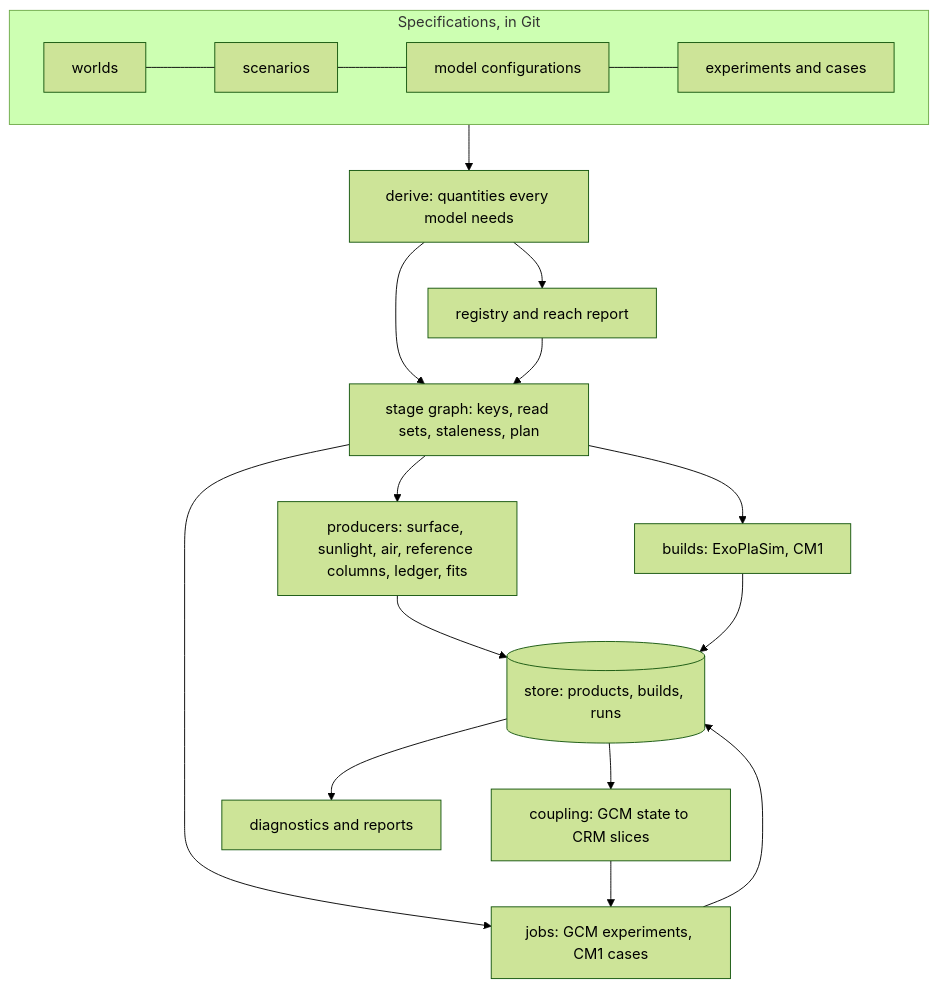
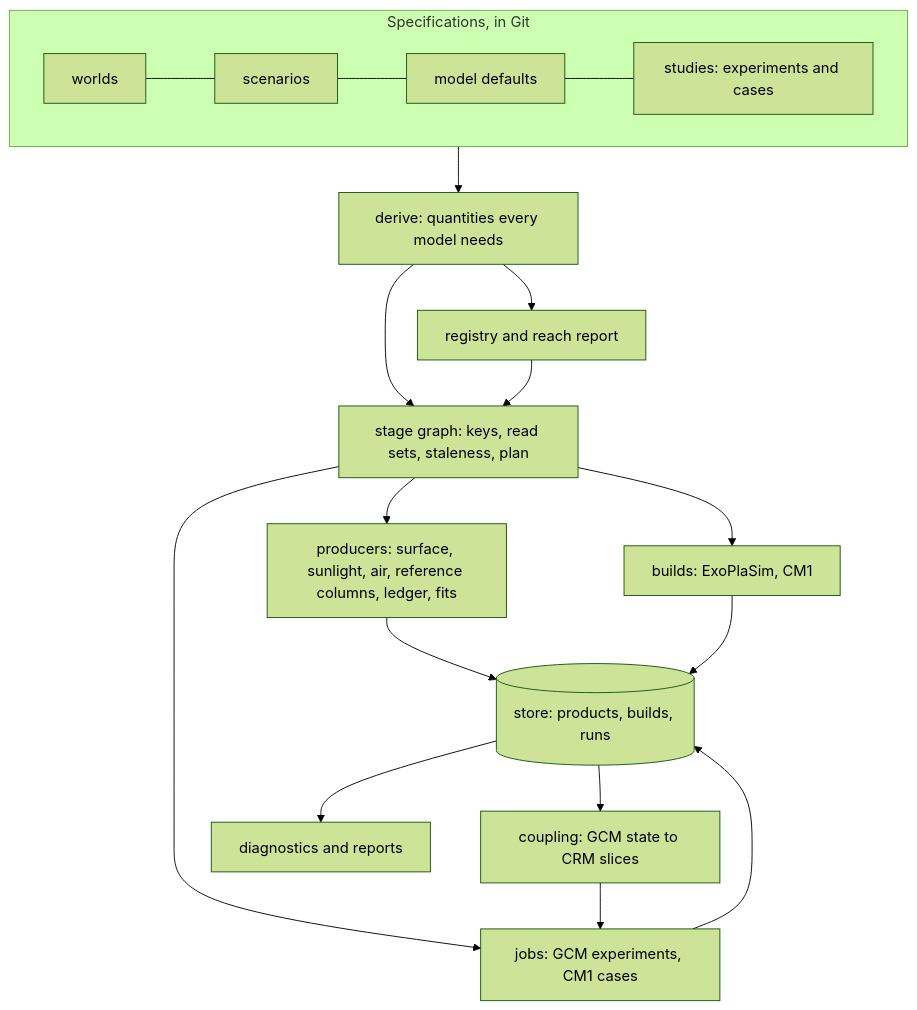
The diagram in lab/design/architecture.md (dgoldman0/world-crafting), drawn with Mermaid (forest theme) before and after one commit. The commit also changed other lines of this file and 12 other files, not shown here.

Commit message:
Revise the lab design to draft 2: give each model shared defaults stated for any world, with CM1's variants and its lengths at a reference gravity, set up each scenario's whole chain in one study file, and move Terluna's quirks into the study's compatibility settings

````diff
--- a/lab/design/architecture.md
+++ b/lab/design/architecture.md
@@ -97,19 +101,19 @@
 ```mermaid
 flowchart TB
   subgraph specs [Specifications, in Git]
-    W[worlds] --- S[scenarios] --- C[model configurations] --- E[experiments and cases]
+    W[worlds] --- S[scenarios] --- C[model defaults] --- E[studies: experiments and cases]
   end
   specs --> D[derive: quantities every model needs]
   D --> R[registry and reach report]
   D --> G[stage graph: keys, read sets, staleness, plan]
   R --> G
   G --> P[producers: surface, sunlight, air, reference columns, ledger, fits]
   G --> B[builds: ExoPlaSim, CM1]
   G --> J[jobs: GCM experiments, CM1 cases]
   P --> ST[(store: products, builds, runs)]
   B --> ST
   J --> ST
   ST --> X[coupling: GCM state to CRM slices]
   X --> J
   ST --> DG[diagnostics and reports]
 ```
````
